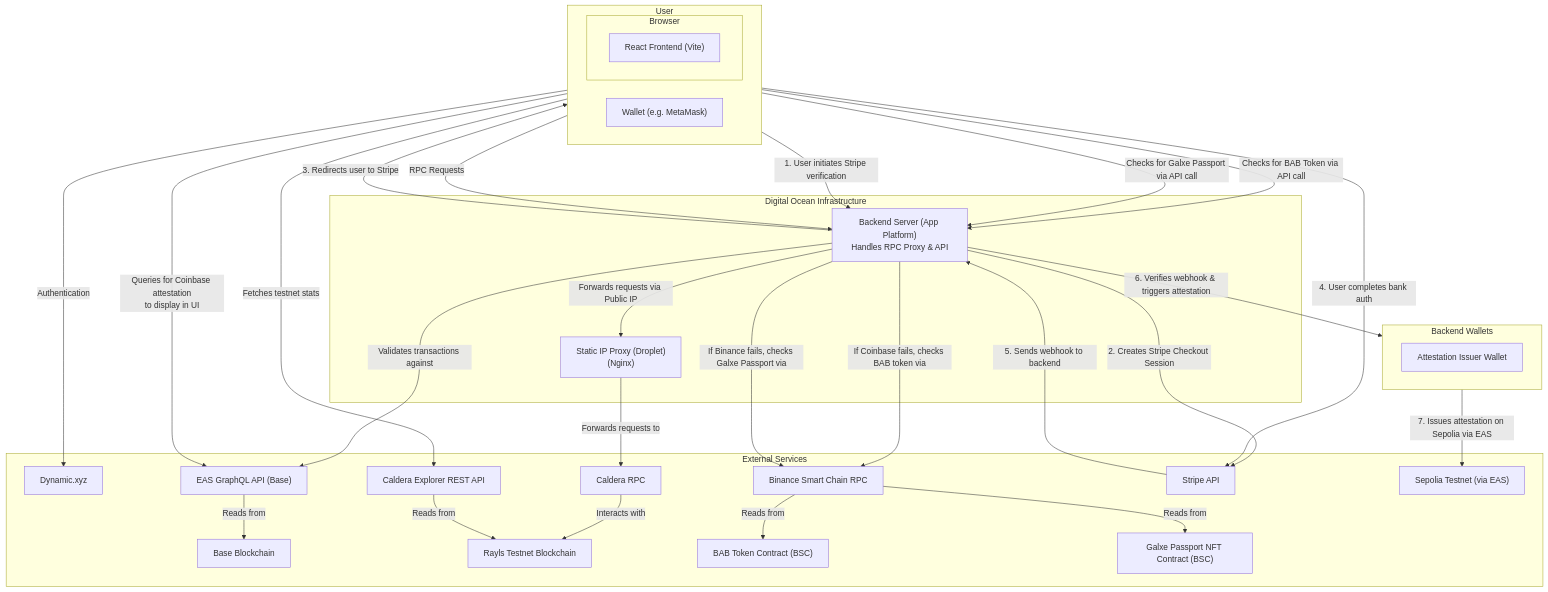
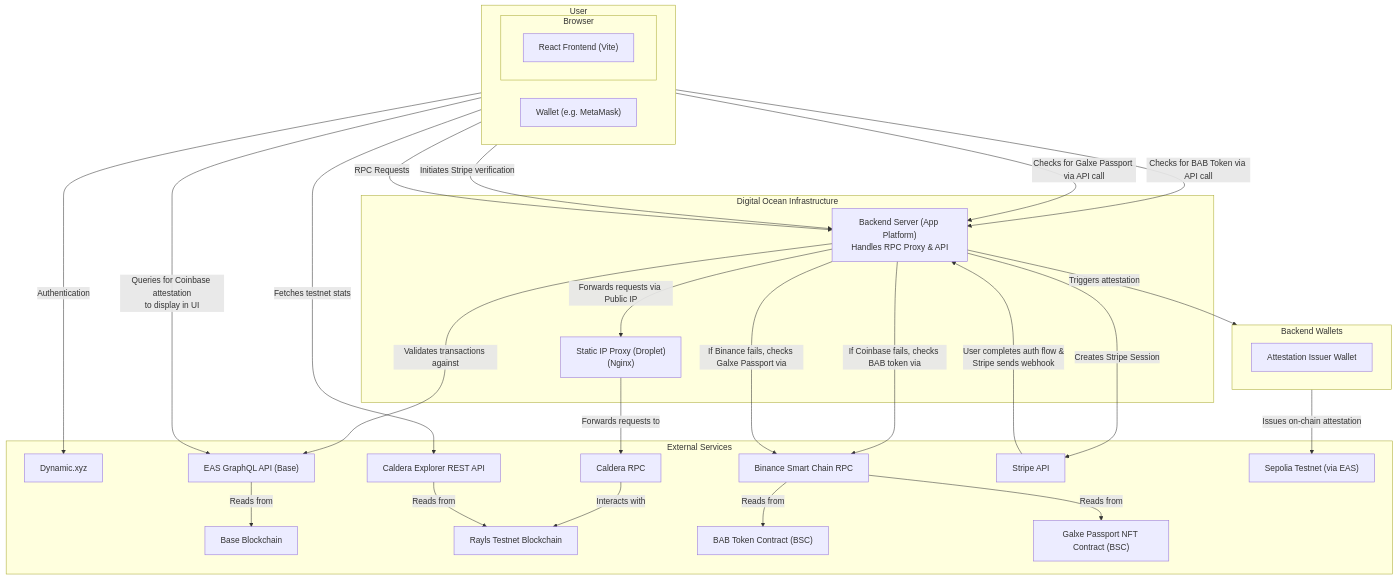
One commit to AlexJupiter/rayls-dapp changed the diagram in README.md. Above: the diagram before and after it, drawn with Mermaid.

Commit message:
arch diagram fixes

````diff
--- a/README.md
+++ b/README.md
@@ -24,58 +24,56 @@
 ```mermaid
 graph TD
     subgraph "User"
         direction LR
         subgraph "Browser"
             A["React Frontend (Vite)"]
         end
         H["Wallet (e.g. MetaMask)"]
     end
 
     subgraph "Digital&nbsp;Ocean&nbsp;Infrastructure"
         B["Backend Server (App Platform)<br/>Handles RPC Proxy & API"]
         P["Static IP Proxy (Droplet)<br/>(Nginx)"]
     end
 
     subgraph "External Services"
         C["Dynamic.xyz"]
         D["Caldera RPC"]
         E["EAS GraphQL API (Base)"]
         F["Base Blockchain"]
         G["Rayls Testnet Blockchain"]
         I["Caldera Explorer REST API"]
         J["Binance Smart Chain RPC"]
         K["BAB Token Contract (BSC)"]
         L["Galxe Passport NFT Contract (BSC)"]
         M["Stripe API"]
         N["Sepolia Testnet (via EAS)"]
     end
 
     subgraph "Backend Wallets"
         direction LR
         O["Attestation Issuer Wallet"]
     end
 
     A -- "Authentication" --> C;
     A -- "Queries for Coinbase attestation<br/>to display in UI" --> E;
     A -- "Checks for BAB Token via API call" --> B;
     A -- "Checks for Galxe Passport via API call" --> B;
     A -- "Fetches testnet stats" --> I;
-    A -- "1. User initiates Stripe verification" --> B;
-    B -- "2. Creates Stripe Checkout Session" --> M;
-    B -- "3. Redirects user to Stripe" --> A;
-    A -- "4. User completes bank auth" --> M;
-    M -- "5. Sends webhook to backend" --> B;
-    B -- "6. Verifies webhook & triggers attestation" --> O;
-    O -- "7. Issues attestation on Sepolia via EAS" --> N;
+    A -- "Initiates Stripe verification" --> B;
+    B -- "Creates Stripe Session" --> M;
+    M -- "User completes auth flow &<br/>Stripe sends webhook" --> B;
+    B -- "Triggers attestation" --> O;
+    O -- "Issues on-chain attestation" --> N;
     H -- "RPC Requests" --> B;
     B -- "Forwards requests via Public IP" --> P;
     P -- "Forwards requests to" --> D;
     D -- "Interacts with" --> G;
     B -- "Validates transactions against" --> E;
     B -- "If Coinbase fails, checks BAB token via" --> J;
     B -- "If Binance fails, checks Galxe Passport via" --> J;
     E -- "Reads from" --> F;
     I -- "Reads from" --> G;
     J -- "Reads from" --> K;
     J -- "Reads from" --> L;
 ```
````
